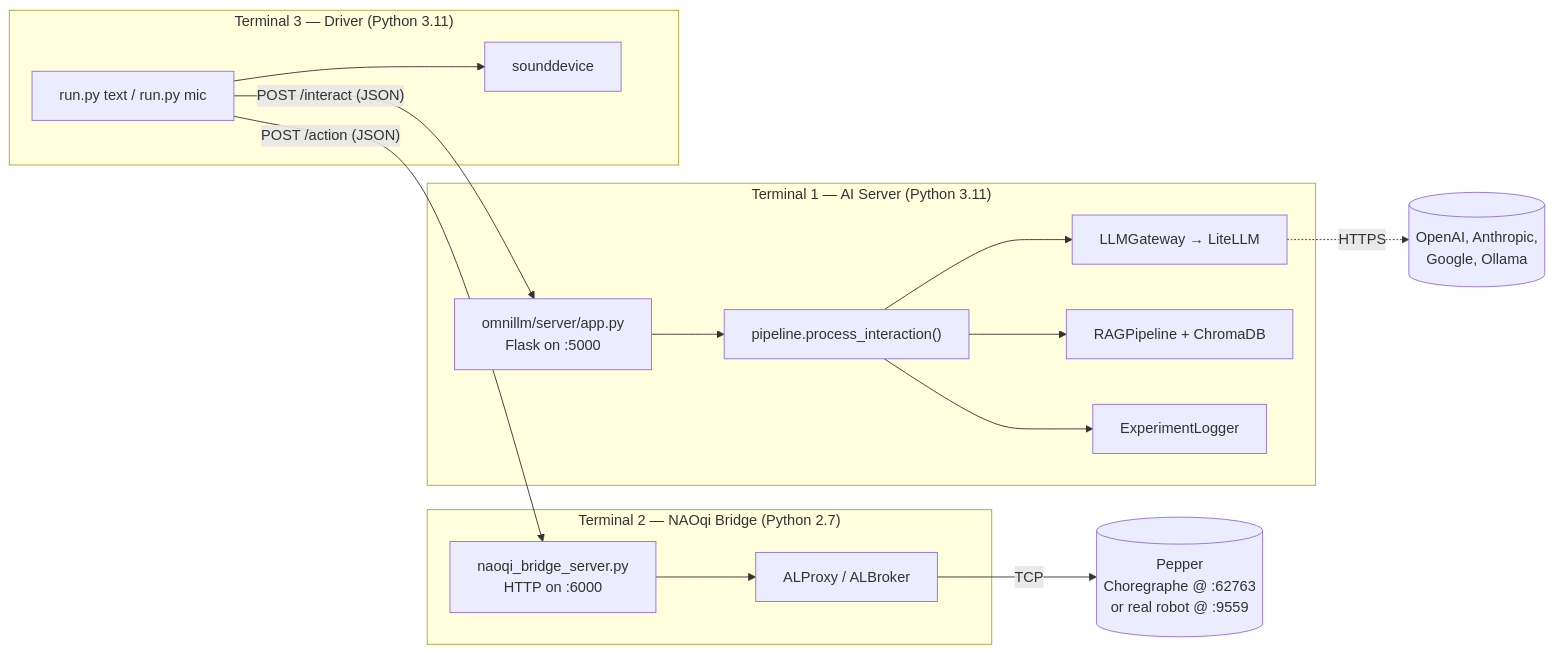
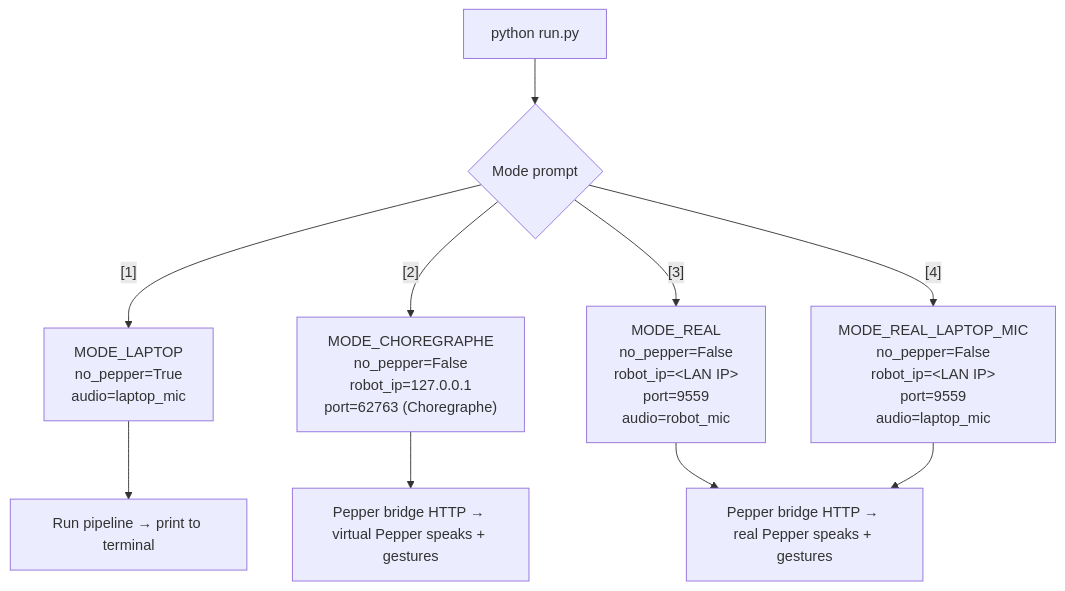
Before and after one commit to Akshita-sr/OmniLLM: the first of 10 diagrams in OMNILLM_MASTER_BOOK.md, drawn with Mermaid. The commit also changed other lines of this file and 20 other files, not shown here.

````diff
--- a/OMNILLM_MASTER_BOOK.md
+++ b/OMNILLM_MASTER_BOOK.md
@@ -123,34 +164,12 @@
 ```mermaid
-flowchart LR
-    subgraph T1["Terminal 1 — AI Server (Python 3.11)"]
-        APP["omnillm/server/app.py<br/>Flask on :5000"]
-        PIPE["pipeline.process_interaction()"]
-        GW["LLMGateway → LiteLLM"]
-        RAG["RAGPipeline + ChromaDB"]
-        LOG["ExperimentLogger"]
-        APP --> PIPE
-        PIPE --> GW
-        PIPE --> RAG
-        PIPE --> LOG
-    end
-
-    subgraph T2["Terminal 2 — NAOqi Bridge (Python 2.7)"]
-        BRIDGE["naoqi_bridge_server.py<br/>HTTP on :6000"]
-        NAOQI["ALProxy / ALBroker"]
-        BRIDGE --> NAOQI
-    end
-
-    subgraph T3["Terminal 3 — Driver (Python 3.11)"]
-        RUN["run.py text  /  run.py mic"]
-        MIC["sounddevice"]
-        RUN --> MIC
-    end
-
-    PEPPER[("Pepper<br/>Choregraphe @ :62763<br/>or real robot @ :9559")]
-
-    RUN -- "POST /interact (JSON)" --> APP
-    RUN -- "POST /action (JSON)" --> BRIDGE
-    NAOQI -- "TCP" --> PEPPER
-
-    GW -. "HTTPS" .-> CLOUD[("OpenAI, Anthropic,<br/>Google, Ollama")]
+flowchart TD
+    A["python run.py"] --> B{"Mode prompt"}
+    B -- "[1]" --> M1["MODE_LAPTOP<br/>no_pepper=True<br/>audio=laptop_mic"]
+    B -- "[2]" --> M2["MODE_CHOREGRAPHE<br/>no_pepper=False<br/>robot_ip=127.0.0.1<br/>port=62763 (Choregraphe)"]
+    B -- "[3]" --> M3["MODE_REAL<br/>no_pepper=False<br/>robot_ip=&lt;LAN IP&gt;<br/>port=9559<br/>audio=robot_mic"]
+    B -- "[4]" --> M4["MODE_REAL_LAPTOP_MIC<br/>no_pepper=False<br/>robot_ip=&lt;LAN IP&gt;<br/>port=9559<br/>audio=laptop_mic"]
+    M1 --> S["Run pipeline → print to terminal"]
+    M2 --> P1["Pepper bridge HTTP → virtual Pepper speaks + gestures"]
+    M3 --> P2["Pepper bridge HTTP → real Pepper speaks + gestures"]
+    M4 --> P2
 ```
````
